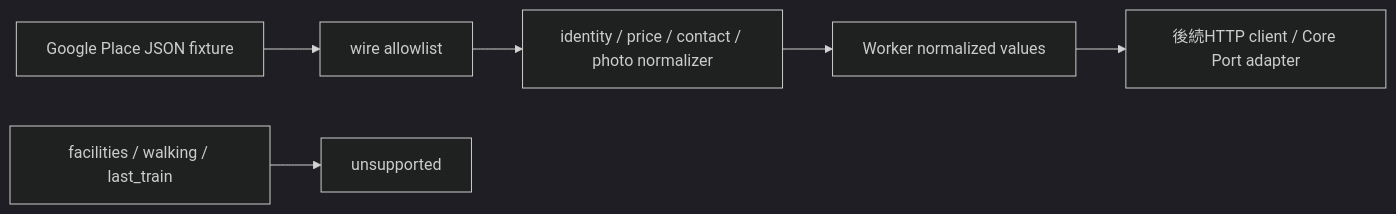
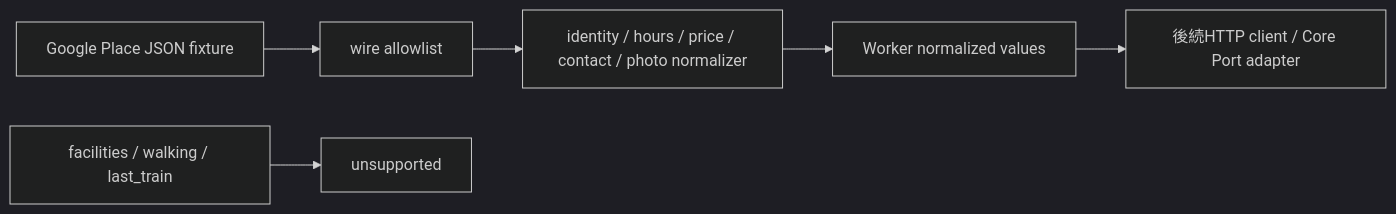
One commit to takapom/ima-app changed the diagram in docs/design/m12-places-details.md. Above: the diagram before and after it, drawn with Mermaid (dark theme). The commit also changed other lines of this file and 9 other files, not shown here.

````diff
--- a/docs/design/m12-places-details.md
+++ b/docs/design/m12-places-details.md
@@ -7,8 +7,8 @@
 ```mermaid
 flowchart LR
   A[Google Place JSON fixture] --> B[wire allowlist]
-  B --> C[identity / price / contact / photo normalizer]
+  B --> C[identity / hours / price / contact / photo normalizer]
   C --> D[Worker normalized values]
   D --> E[後続HTTP client / Core Port adapter]
   F[facilities / walking / last_train] --> G[unsupported]
 ```
````
